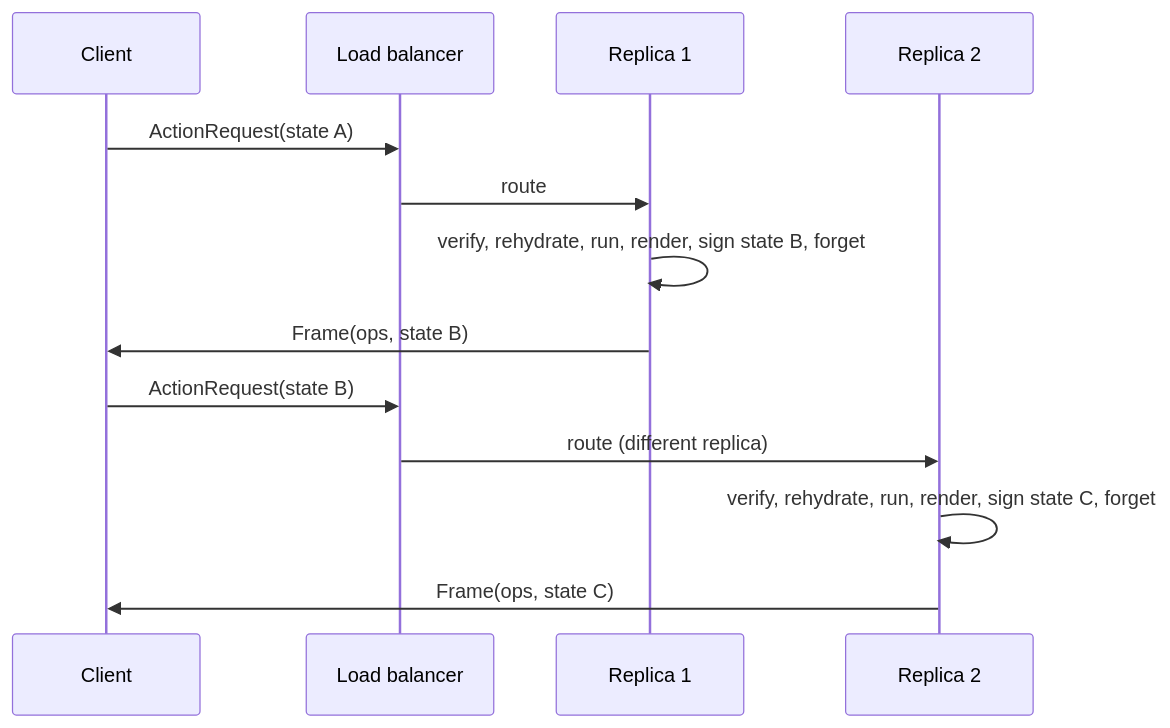
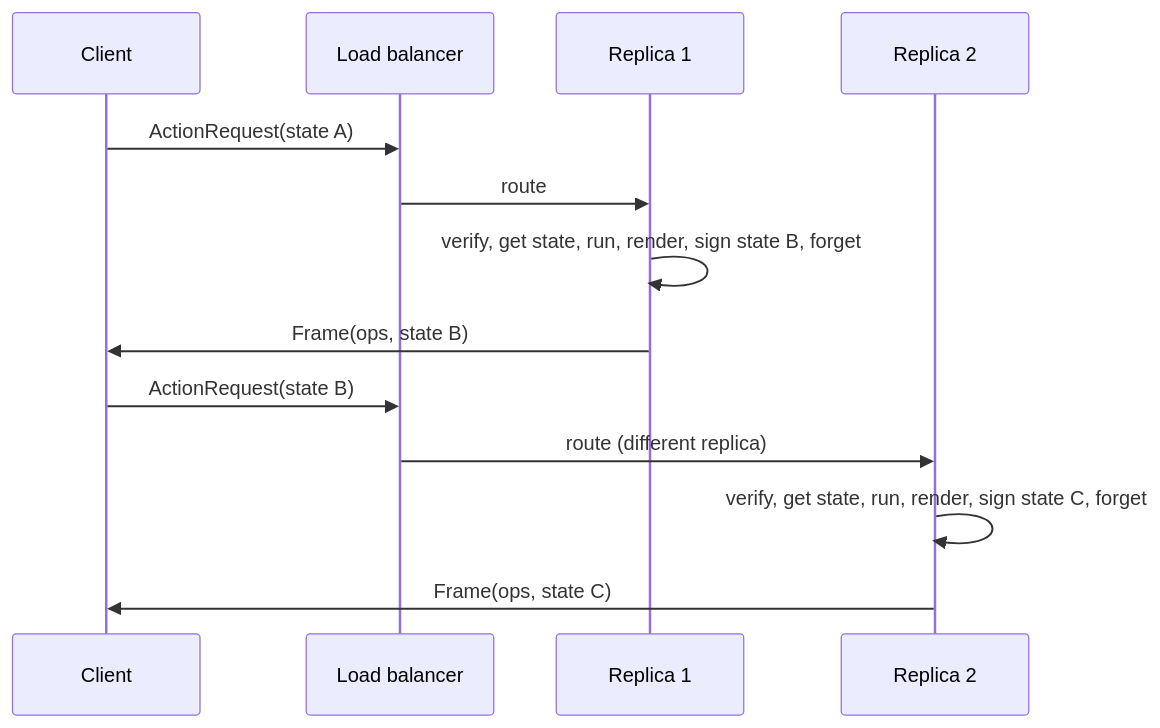
The diagram in specifications/69-foundation-ui-v2/research/09-stateless-execution.md (ewe-studios/ewe_platform), drawn with Mermaid before and after one commit. The commit also changed other lines of this file and 16 other files, not shown here.

````diff
--- a/specifications/69-foundation-ui-v2/research/09-stateless-execution.md
+++ b/specifications/69-foundation-ui-v2/research/09-stateless-execution.md
@@ -25,15 +33,15 @@
 ```mermaid
 sequenceDiagram
     participant C as Client
     participant LB as Load balancer
     participant R1 as Replica 1
     participant R2 as Replica 2
     C->>LB: ActionRequest(state A)
     LB->>R1: route
-    R1->>R1: verify, rehydrate, run, render, sign state B, forget
+    R1->>R1: verify, get state, run, render, sign state B, forget
     R1->>C: Frame(ops, state B)
     C->>LB: ActionRequest(state B)
     LB->>R2: route (different replica)
-    R2->>R2: verify, rehydrate, run, render, sign state C, forget
+    R2->>R2: verify, get state, run, render, sign state C, forget
     R2->>C: Frame(ops, state C)
 ```
````
